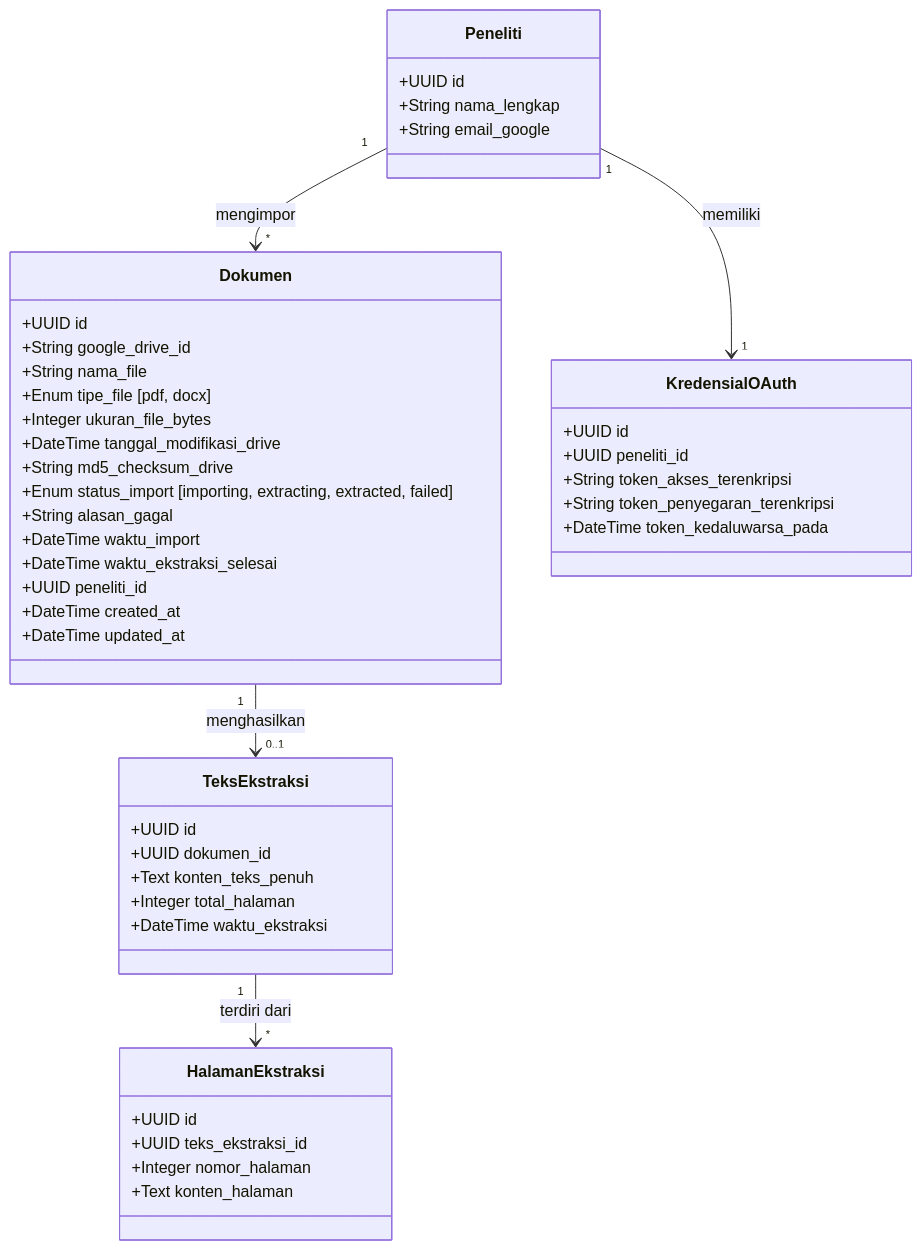
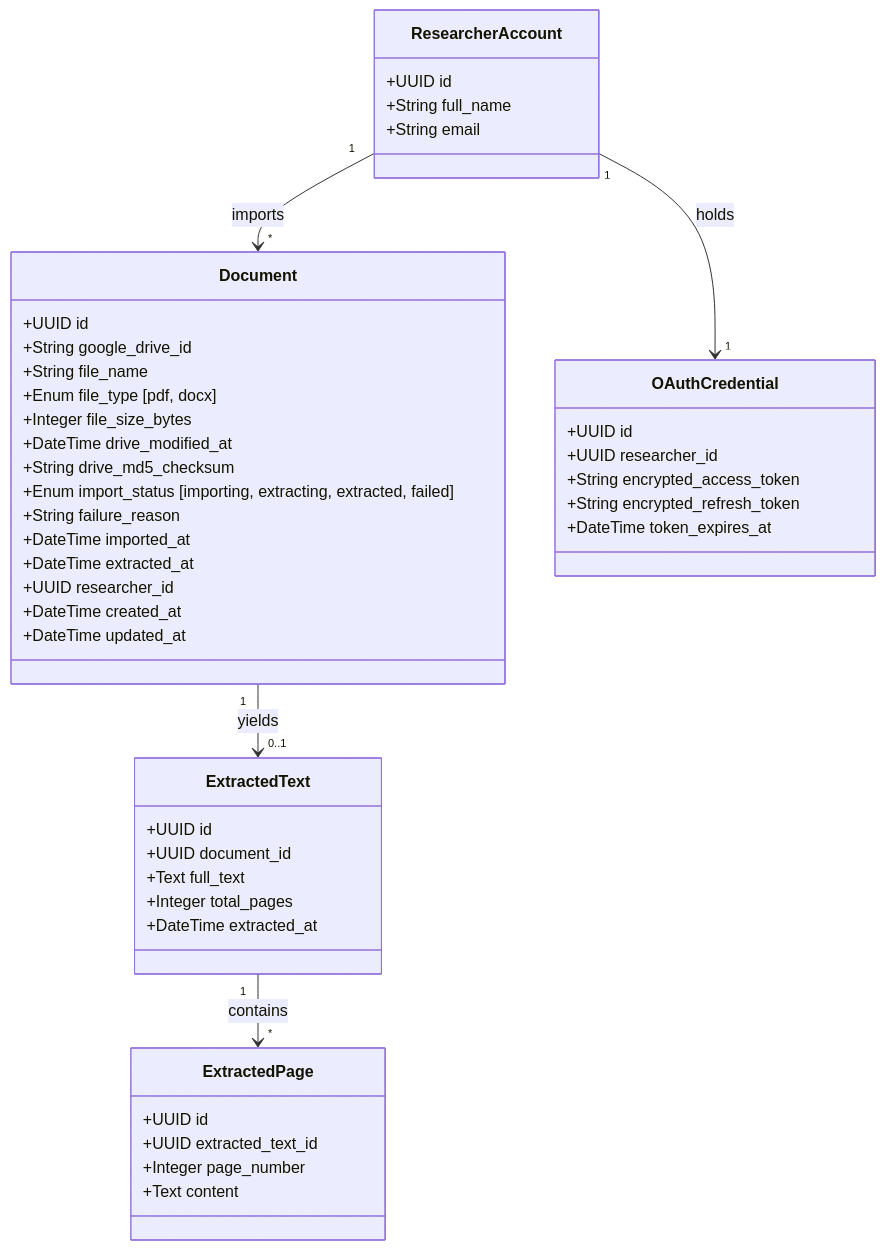
The first of 6 diagrams in specs/002-drive-document-import/plan.md (Gzaa19/Telaah), drawn with Mermaid before and after one commit. The commit also changed other lines of this file and 5 other files, not shown here.

First line of the commit message:
refactor(specs): standardize UC-02 database models, diagrams, and API contracts to English

````diff
--- a/specs/002-drive-document-import/plan.md
+++ b/specs/002-drive-document-import/plan.md
@@ -28,53 +28,53 @@
 ```mermaid
 classDiagram
-    class Dokumen {
+    class Document {
         +UUID id
         +String google_drive_id
-        +String nama_file
-        +Enum tipe_file [pdf, docx]
-        +Integer ukuran_file_bytes
-        +DateTime tanggal_modifikasi_drive
-        +String md5_checksum_drive
-        +Enum status_import [importing, extracting, extracted, failed]
-        +String alasan_gagal
-        +DateTime waktu_import
-        +DateTime waktu_ekstraksi_selesai
-        +UUID peneliti_id
+        +String file_name
+        +Enum file_type [pdf, docx]
+        +Integer file_size_bytes
+        +DateTime drive_modified_at
+        +String drive_md5_checksum
+        +Enum import_status [importing, extracting, extracted, failed]
+        +String failure_reason
+        +DateTime imported_at
+        +DateTime extracted_at
+        +UUID researcher_id
         +DateTime created_at
         +DateTime updated_at
     }
 
-    class TeksEkstraksi {
+    class ExtractedText {
         +UUID id
-        +UUID dokumen_id
-        +Text konten_teks_penuh
-        +Integer total_halaman
-        +DateTime waktu_ekstraksi
+        +UUID document_id
+        +Text full_text
+        +Integer total_pages
+        +DateTime extracted_at
     }
 
-    class HalamanEkstraksi {
+    class ExtractedPage {
         +UUID id
-        +UUID teks_ekstraksi_id
-        +Integer nomor_halaman
-        +Text konten_halaman
+        +UUID extracted_text_id
+        +Integer page_number
+        +Text content
     }
 
-    class Peneliti {
+    class ResearcherAccount {
         +UUID id
-        +String nama_lengkap
-        +String email_google
+        +String full_name
+        +String email
     }
 
-    class KredensialOAuth {
+    class OAuthCredential {
         +UUID id
-        +UUID peneliti_id
-        +String token_akses_terenkripsi
-        +String token_penyegaran_terenkripsi
-        +DateTime token_kedaluwarsa_pada
+        +UUID researcher_id
+        +String encrypted_access_token
+        +String encrypted_refresh_token
+        +DateTime token_expires_at
     }
 
-    Peneliti "1" --> "*" Dokumen : mengimpor
-    Peneliti "1" --> "1" KredensialOAuth : memiliki
-    Dokumen "1" --> "0..1" TeksEkstraksi : menghasilkan
-    TeksEkstraksi "1" --> "*" HalamanEkstraksi : terdiri dari
+    ResearcherAccount "1" --> "*" Document : imports
+    ResearcherAccount "1" --> "1" OAuthCredential : holds
+    Document "1" --> "0..1" ExtractedText : yields
+    ExtractedText "1" --> "*" ExtractedPage : contains
 ```
````
